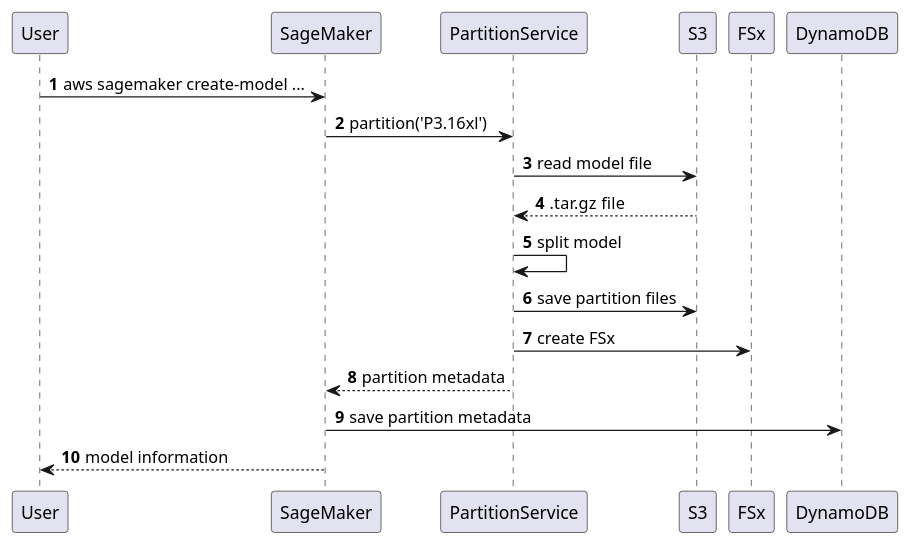
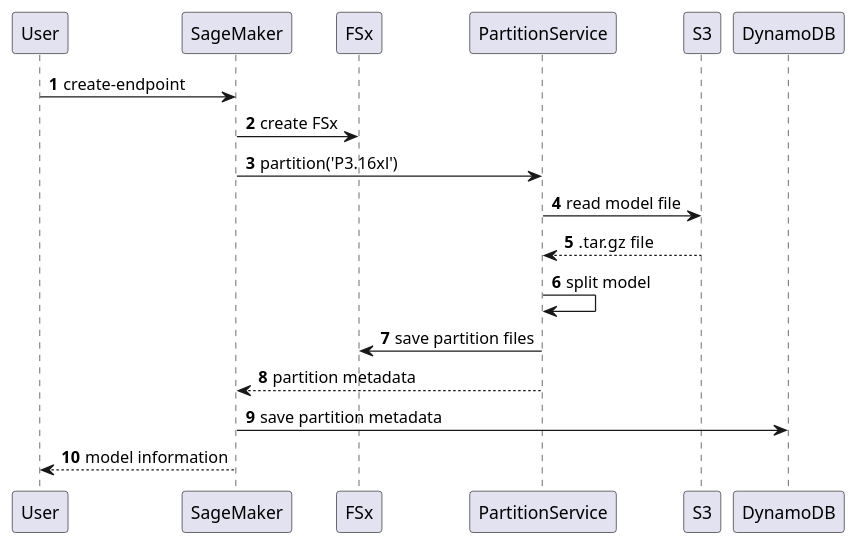
The diagram in serving/src/main/puml/rubikon_sequence.puml (frankfliu/djl-serving), drawn with PlantUML before and after one commit.

```diff
--- a/serving/src/main/puml/rubikon_sequence.puml
+++ b/serving/src/main/puml/rubikon_sequence.puml
@@ -1,17 +1,17 @@
 @startuml
 'https://plantuml.com/sequence-diagram
 
 autonumber
 
-User -> SageMaker: aws sagemaker create-model ...
+User -> SageMaker: create-endpoint
+SageMaker -> FSx: create FSx
 SageMaker -> PartitionService: partition('P3.16xl')
 PartitionService -> S3: read model file
 S3 --> PartitionService:  .tar.gz file
 PartitionService -> PartitionService: split model
-PartitionService -> S3: save partition files
-PartitionService -> FSx: create FSx
+PartitionService -> FSx: save partition files
 PartitionService --> SageMaker: partition metadata
 SageMaker -> DynamoDB: save partition metadata
 SageMaker --> User: model information
 
 @enduml
```
